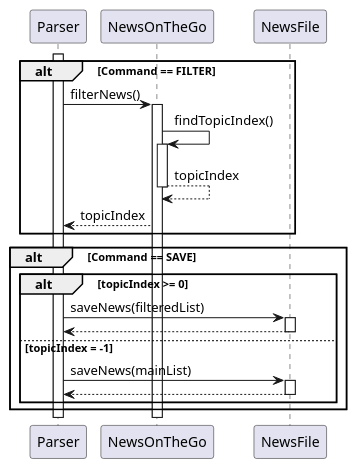
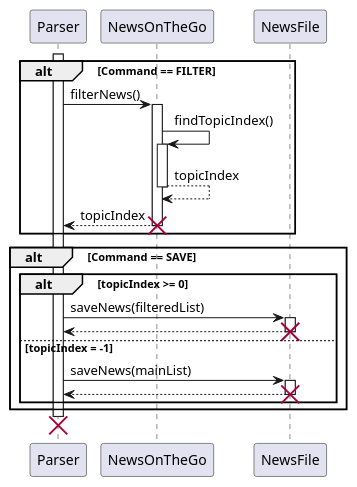
One commit to AhmedShaiyan/tp changed the diagram in docs/UML_Diagrams/filterFunctionSequence.puml. Above: the diagram before and after it, drawn with PlantUML. The commit also changed 6 other files, not shown here.

```diff
--- a/docs/UML_Diagrams/filterFunctionSequence.puml
+++ b/docs/UML_Diagrams/filterFunctionSequence.puml
@@ -2,28 +2,33 @@
 @startuml
 'https://plantuml.com/sequence-diagram
 
 activate Parser
 alt Command == FILTER
 Parser->NewsOnTheGo: filterNews()
 activate NewsOnTheGo
 NewsOnTheGo->NewsOnTheGo: findTopicIndex()
 activate NewsOnTheGo
 NewsOnTheGo-->NewsOnTheGo: topicIndex
 deactivate NewsOnTheGo
 NewsOnTheGo-->Parser: topicIndex
+deactivate NewsOnTheGo
+destroy NewsOnTheGo
 end
 
 alt Command == SAVE
 alt topicIndex >= 0
 Parser->NewsFile: saveNews(filteredList)
 activate NewsFile
 NewsFile-->Parser
 deactivate NewsFile
+destroy NewsFile
 else topicIndex = -1
 Parser->NewsFile: saveNews(mainList)
 activate NewsFile
 NewsFile-->Parser
 deactivate NewsFile
+destroy NewsFile
 end
 end
+destroy Parser
 @enduml
```
